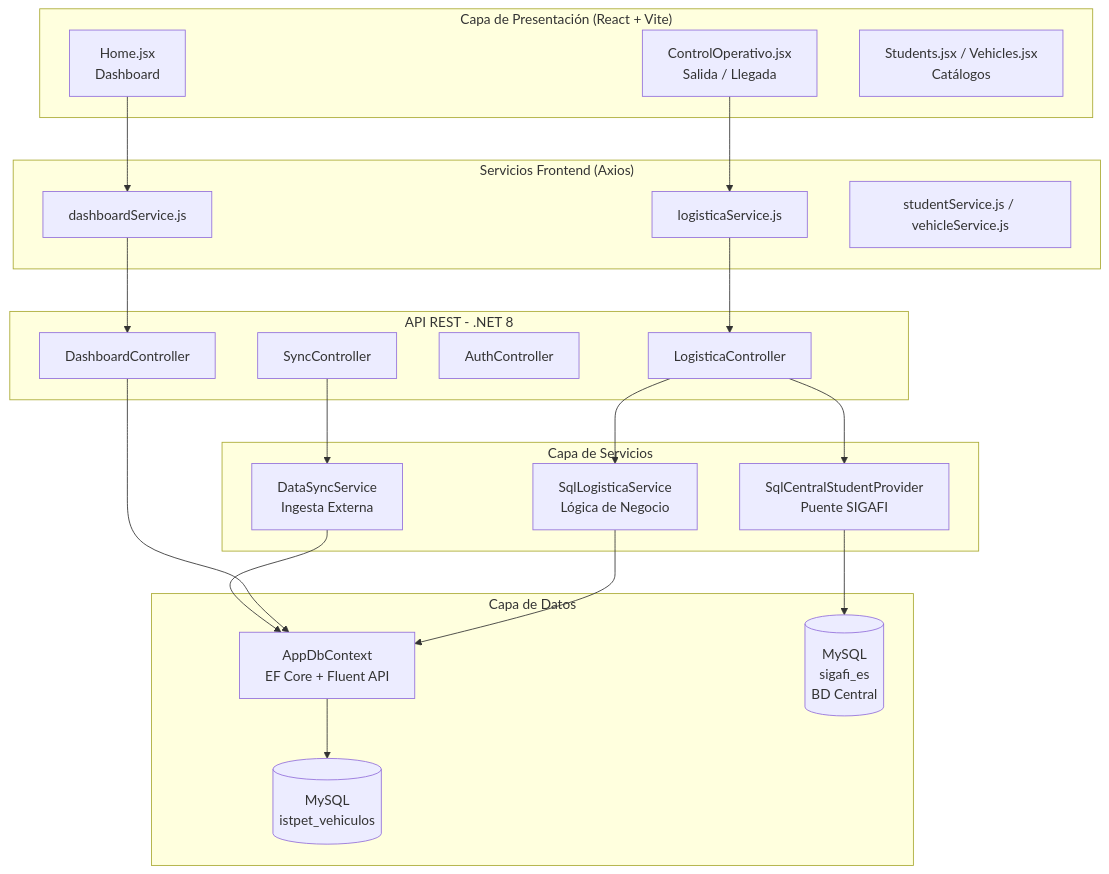
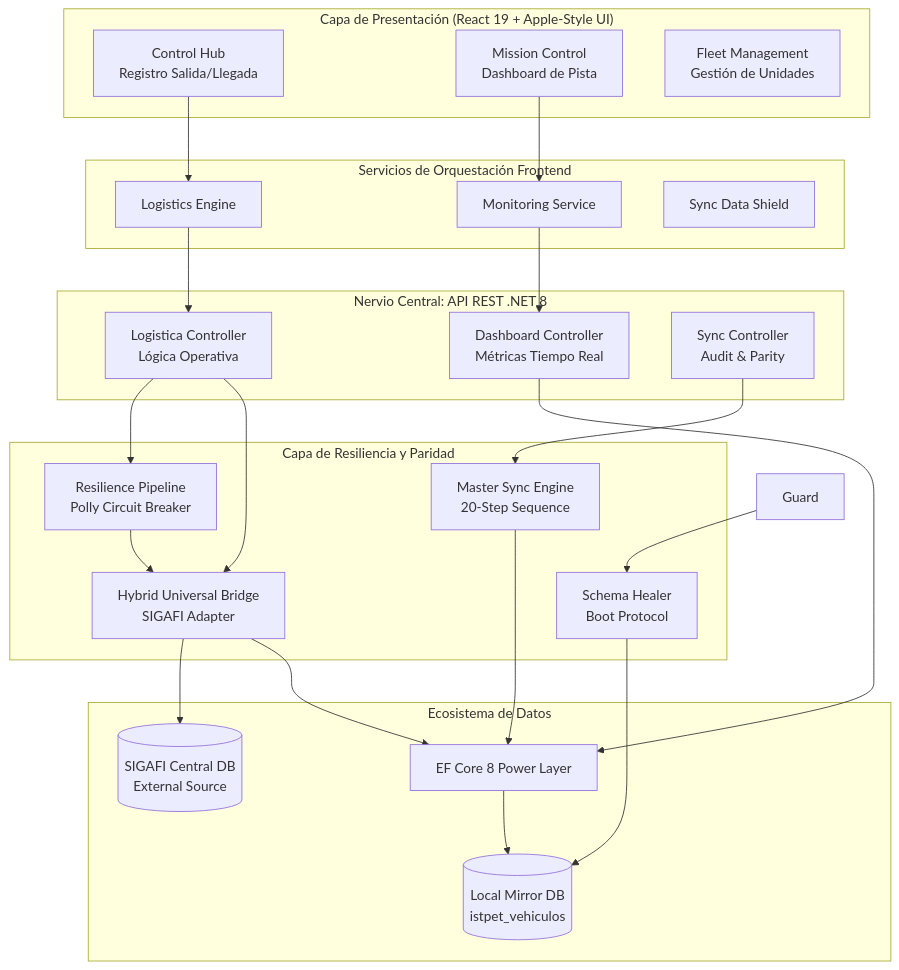
One commit to JorgeDoicela/istpet_vehiculos changed the diagram in docs/ARCHITECTURE.md. Above: the diagram before and after it, drawn with Mermaid. The commit also changed other lines of this file and 16 other files, not shown here.

````diff
--- a/docs/ARCHITECTURE.md
+++ b/docs/ARCHITECTURE.md
@@ -11,38 +16,42 @@
 ```mermaid
 graph TD
-    subgraph "Capa de Presentación (React + Vite)"
-        A[ControlOperativo.jsx<br/>Salida / Llegada] 
-        B[Home.jsx<br/>Dashboard]
-        C[Students.jsx / Vehicles.jsx<br/>Catálogos]
+    subgraph "Capa de Presentación (React 19 + Apple-Style UI)"
+        A[Control Hub<br/>Registro Salida/Llegada] 
+        B[Mission Control<br/>Dashboard de Pista]
+        C[Fleet Management<br/>Gestión de Unidades]
     end
 
-    subgraph "Servicios Frontend (Axios)"
-        D[logisticaService.js]
-        E[dashboardService.js]
-        F[studentService.js / vehicleService.js]
+    subgraph "Servicios de Orquestación Frontend"
+        D[Logistics Engine]
+        E[Monitoring Service]
+        F[Sync Data Shield]
     end
 
-    subgraph "API REST - .NET 8"
-        G[LogisticaController]
-        H[DashboardController]
-        I[AuthController]
-        J[SyncController]
+    subgraph "Nervio Central: API REST .NET 8"
+        G[Logistica Controller<br/>Lógica Operativa]
+        H[Dashboard Controller<br/>Métricas Tiempo Real]
+        I[Sync Controller<br/>Audit & Parity]
     end
 
-    subgraph "Capa de Servicios"
-        K[SqlLogisticaService<br/>Lógica de Negocio]
-        L[SqlCentralStudentProvider<br/>Puente SIGAFI]
-        M[DataSyncService<br/>Ingesta Externa]
+    subgraph "Capa de Resiliencia y Paridad"
+        K[Resilience Pipeline<br/>Polly Circuit Breaker]
+        L[Hybrid Universal Bridge<br/>SIGAFI Adapter]
+        M[Master Sync Engine<br/>20-Step Sequence]
+        SH[Schema Healer<br/>Boot Protocol]
     end
 
-    subgraph "Capa de Datos"
-        N[AppDbContext<br/>EF Core + Fluent API]
-        O[(MySQL<br/>istpet_vehiculos)]
-        P[(MySQL<br/>sigafi_es<br/>BD Central)]
+    subgraph "Ecosistema de Datos"
+        N[EF Core 8 Power Layer]
+        O[(Local Mirror DB<br/>istpet_vehiculos)]
+        P[(SIGAFI Central DB<br/>External Source)]
     end
 
-    A --> D --> G --> K --> N --> O
+    A --> D --> G --> K
     B --> E --> H --> N
     G --> L --> P
-    J --> M --> N
+    J[Guard] --> SH --> O
+    I --> M --> N
+    K --> L
+    L --> N
+    N --> O
 ```
````
